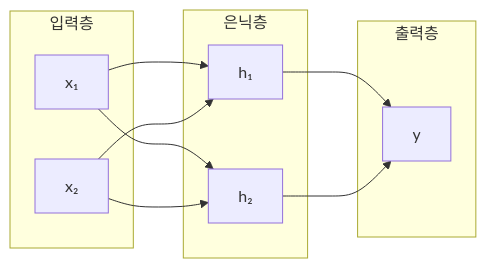
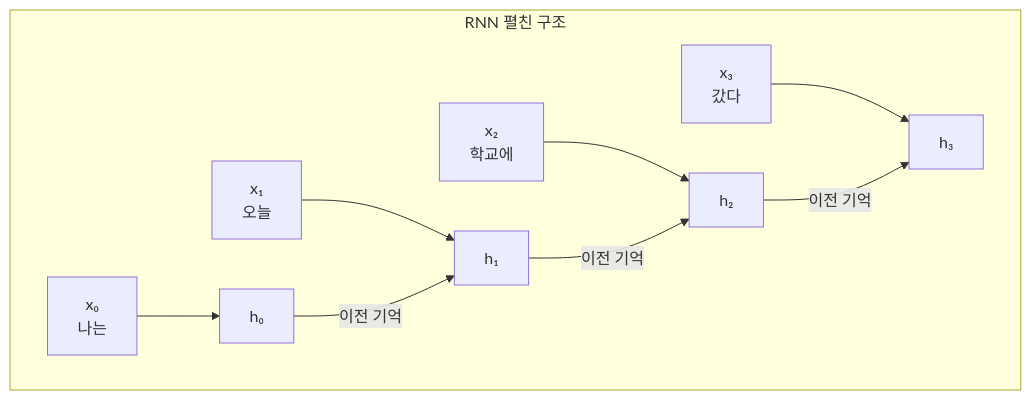
The second of 4 diagrams in content/drafts/ch3-draft.md (LeeSeogMin/2026NLP), drawn with Mermaid before and after one commit. The commit also changed other lines of this file and 34 other files, not shown here.

````diff
--- a/content/drafts/ch3-draft.md
+++ b/content/drafts/ch3-draft.md
@@ -73,23 +125,13 @@
 ```mermaid
 flowchart LR
-    subgraph Input["입력층"]
-        I1["x₁"]
-        I2["x₂"]
+    subgraph RNN["RNN 펼친 구조"]
+        direction LR
+        X0["x₀<br/>나는"] --> H0["h₀"]
+        X1["x₁<br/>오늘"] --> H1["h₁"]
+        X2["x₂<br/>학교에"] --> H2["h₂"]
+        X3["x₃<br/>갔다"] --> H3["h₃"]
+        H0 -->|"이전 기억"| H1
+        H1 -->|"이전 기억"| H2
+        H2 -->|"이전 기억"| H3
     end
-
-    subgraph Hidden["은닉층"]
-        H1["h₁"]
-        H2["h₂"]
-    end
-
-    subgraph Output["출력층"]
-        O1["y"]
-    end
-
-    I1 --> H1
-    I1 --> H2
-    I2 --> H1
-    I2 --> H2
-    H1 --> O1
-    H2 --> O1
 ```
````
